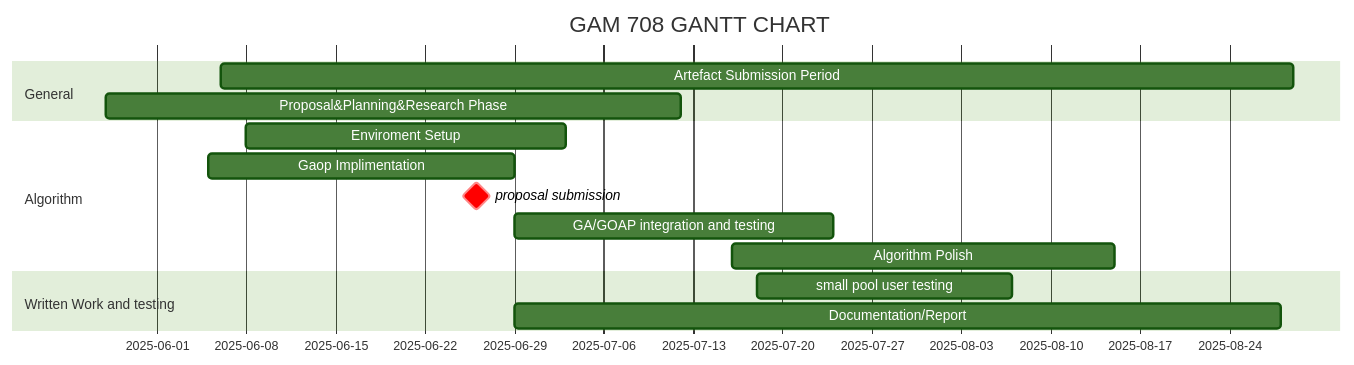
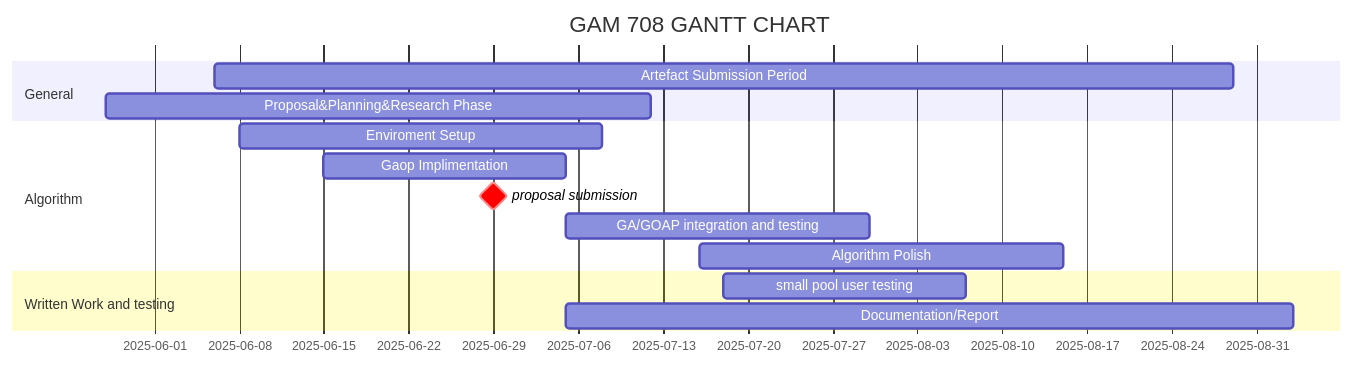
The diagram in mermaid.md (20Whey/Masters-Thesis708), drawn with Mermaid before and after one commit. The commit also changed 8 other files, not shown here.

````diff
--- a/mermaid.md
+++ b/mermaid.md
@@ -3,18 +3,17 @@
 ```mermaid
-%%{init:{'theme':'forest'}}%%
 gantt
     title GAM 708 GANTT CHART
     dateFormat  YYYY-MM-DD
     section General
     Artefact Submission Period :al 2025-06-06  , 84d
     Proposal&Planning&Research Phase:ab, 2025-05-28, 45d
     section Algorithm 
-    Enviroment Setup :al 2025-06-8  , 25d
-    Gaop Implimentation:ab, 2025-06-05, 2025-06-29
+    Enviroment Setup :al 2025-06-8, 30d
+    Gaop Implimentation:ab, 2025-06-15, 2025-07-05
     proposal submission :milestone, crit, 2025-06-23
     GA/GOAP integration and testing:after ab, 25d
     Algorithm Polish: al 2025-07-16, 30d
     section Written Work and testing
     small pool user testing: al 2025-07-18, 20d
     Documentation/Report: after ab, 60d
 ``` 
````
